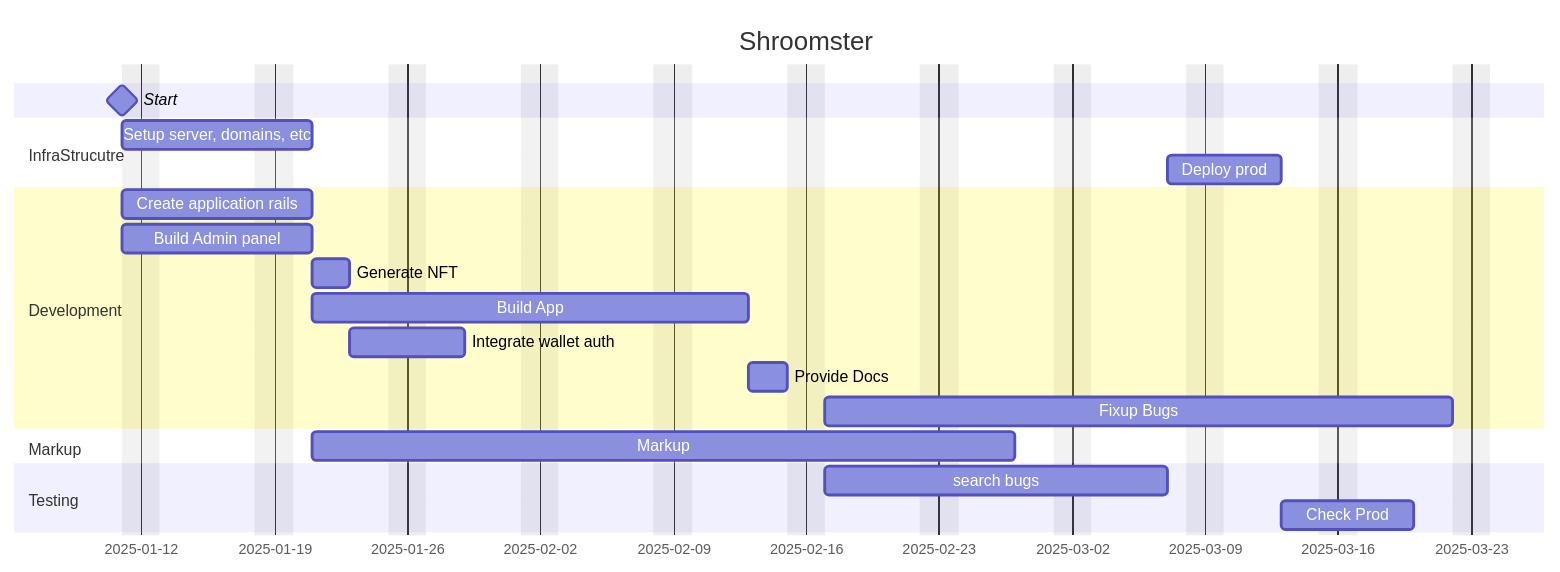
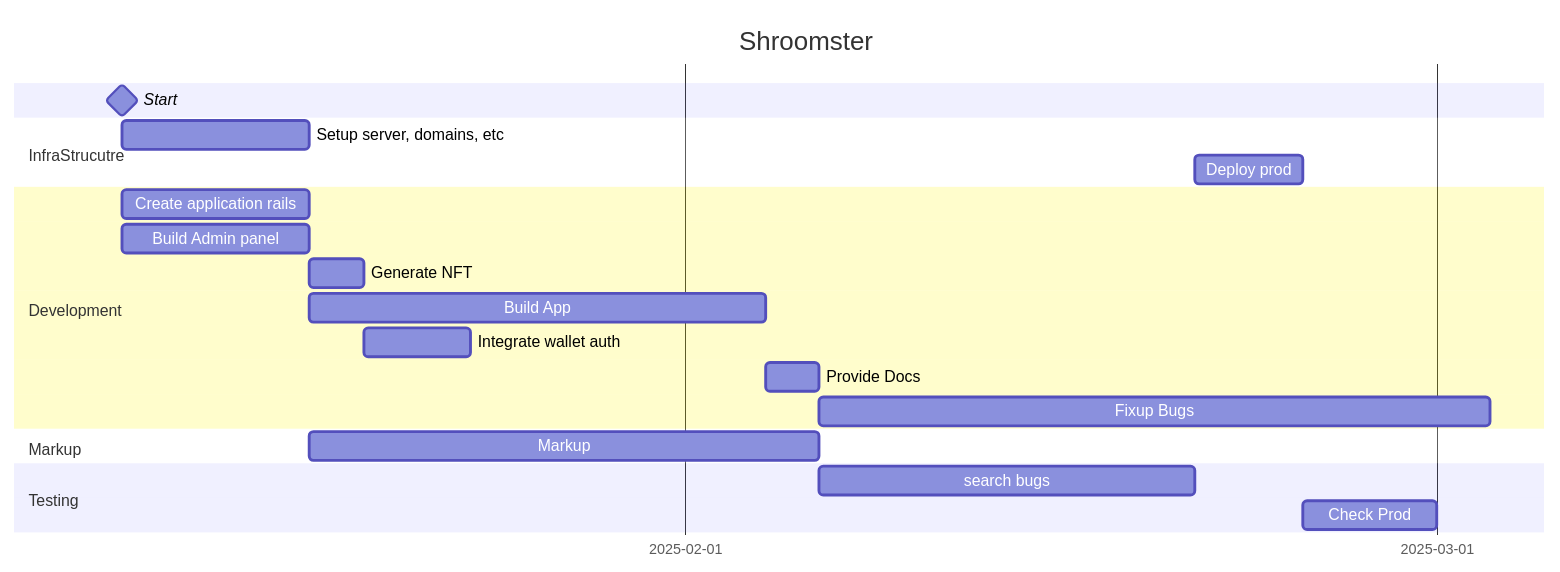
The diagram in content/NA/Sales/Shroomsters.md (nosovk/flowershow), drawn with Mermaid before and after one commit.

Commit message:
Update content content/NA/Sales/Shroomsters.md

````diff
--- a/content/NA/Sales/Shroomsters.md
+++ b/content/NA/Sales/Shroomsters.md
@@ -25,25 +25,24 @@
 ```mermaid
 gantt
     title Shroomster
     dateFormat MM-DD
-    tickInterval 1week
-    excludes weekends
+    tickInterval 1month
     todayMarker off
     Start : milestone, s1, 2025-01-11,0min
     section InfraStrucutre
         Setup server, domains, etc: i1, after s1, 7d
         Deploy prod: i3, after qa1, 4d
     section Development
         Create application rails: dev1, after s1, 7d
         Build Admin panel: dev2-1, after s1, 7d
         Generate NFT: dev2-2, after dev1, 2d
         Build App: dev3-1, after dev2-1, 17d
         Integrate wallet auth: dev3-2, after dev2-2, 4d
         Provide Docs: dev4, after dev3-1, 2d
         Fixup Bugs: dev5, after dev4, 25d
     section Markup
         Markup: m1, after dev1, until dev5
     section Testing
         search bugs: qa1, after dev4, 14d
         Check Prod: qa2, after i3, 5d
 ```
````
